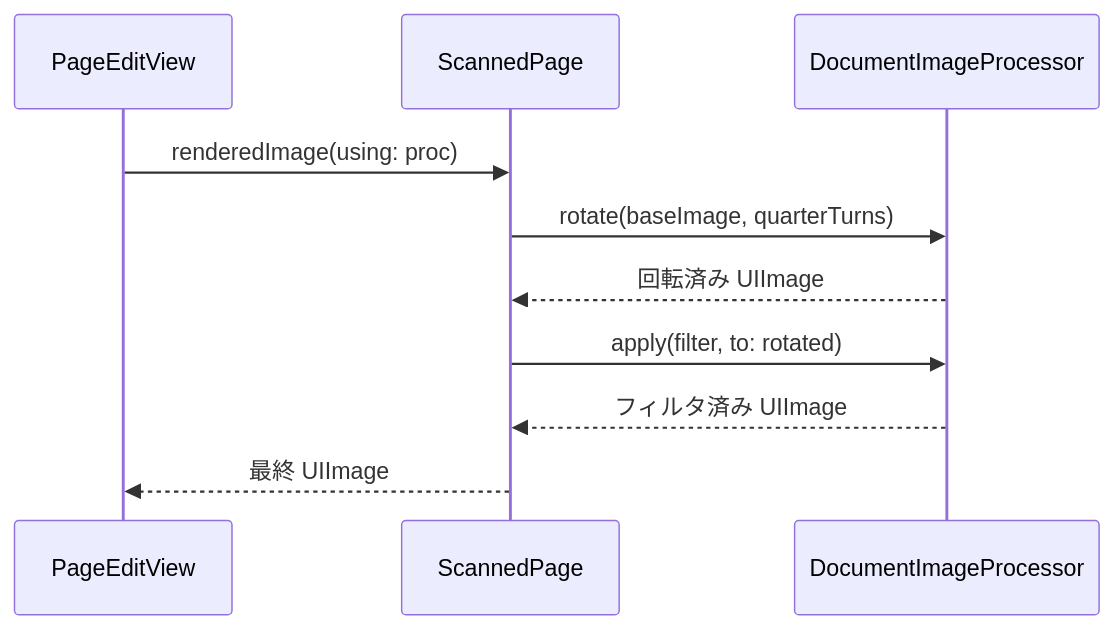
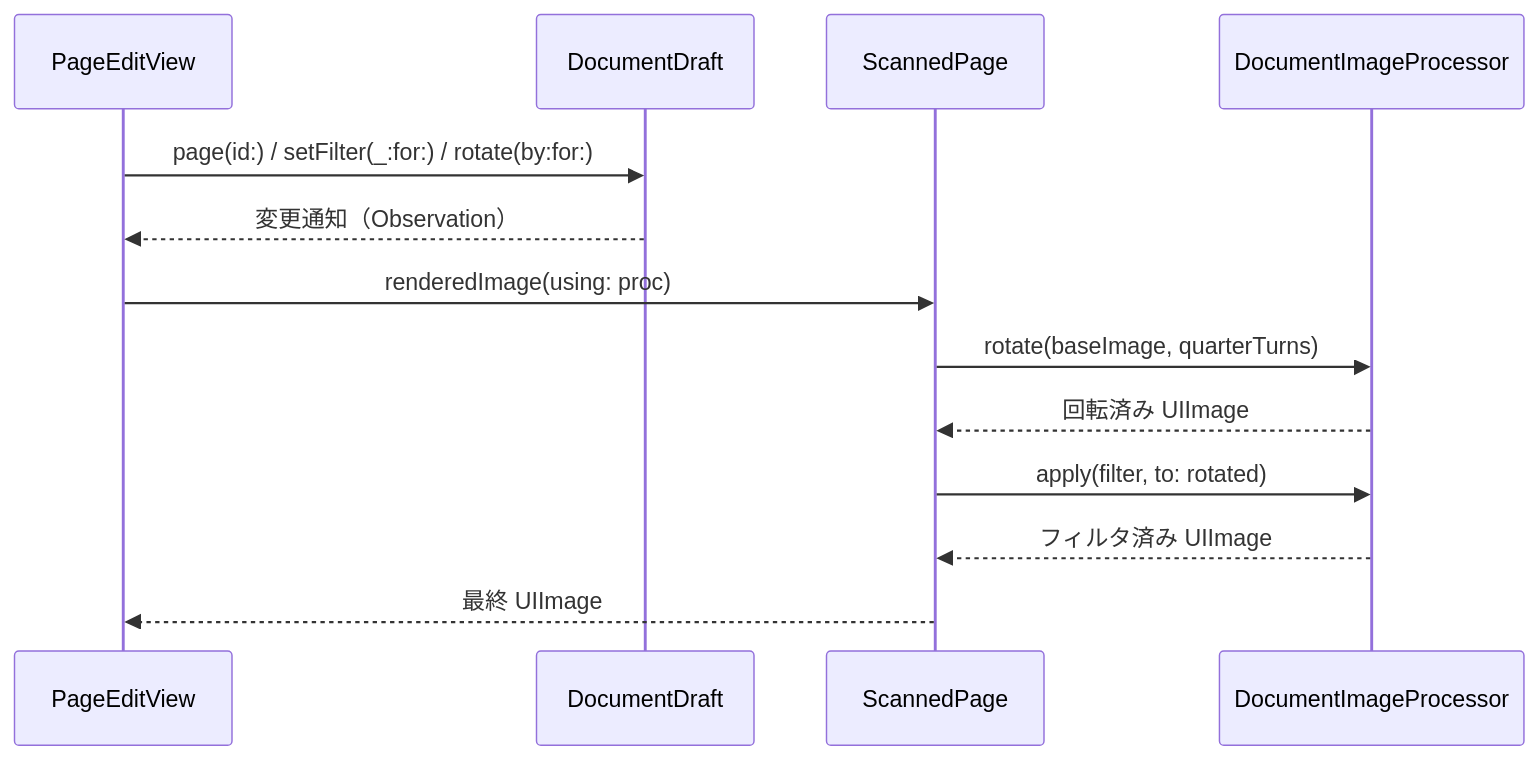
One commit to gomurin0428/DocScanner changed the second of 2 diagrams in DocScanner/Model/README.md. Above: the diagram before and after it, drawn with Mermaid. The commit also changed other lines of this file and 8 other files, not shown here.

First line of the commit message:
fix: PageEditView の編集が2回目以降プレビューに反映されない問題を DocumentDraft 共有化で修正

````diff
--- a/DocScanner/Model/README.md
+++ b/DocScanner/Model/README.md
@@ -51,12 +68,15 @@
 ```mermaid
 sequenceDiagram
     participant View as PageEditView
+    participant Draft as DocumentDraft
     participant Page as ScannedPage
     participant Proc as DocumentImageProcessor
+    View->>Draft: page(id:) / setFilter(_:for:) / rotate(by:for:)
+    Draft-->>View: 変更通知（Observation）
     View->>Page: renderedImage(using: proc)
     Page->>Proc: rotate(baseImage, quarterTurns)
     Proc-->>Page: 回転済み UIImage
     Page->>Proc: apply(filter, to: rotated)
     Proc-->>Page: フィルタ済み UIImage
     Page-->>View: 最終 UIImage
 ```
````
